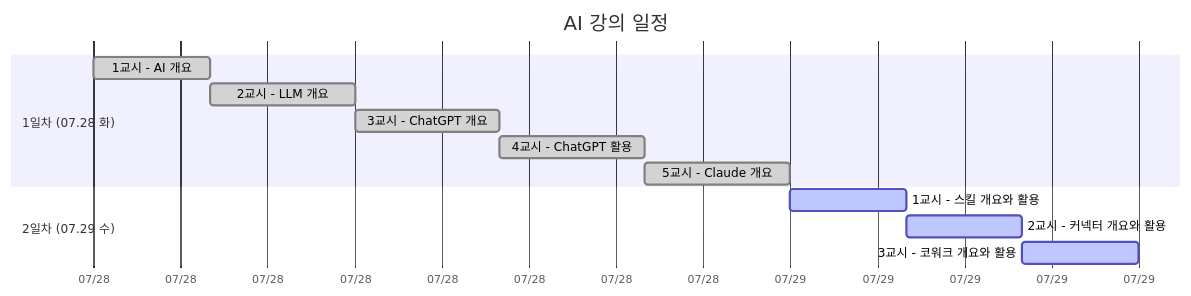
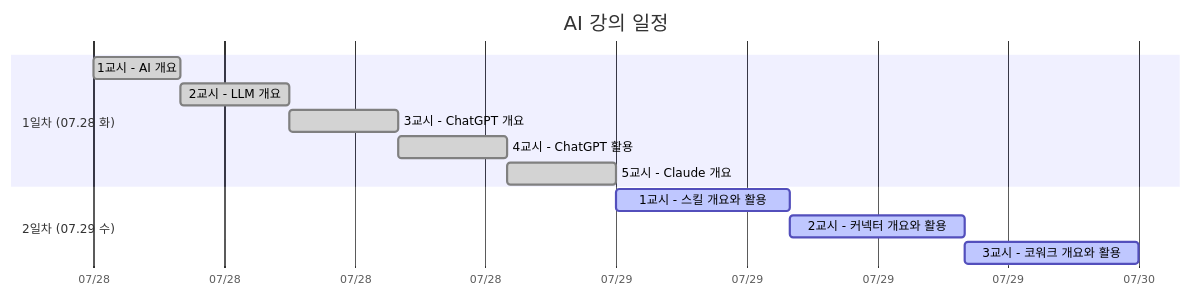
One commit to soobook/2026-LLM changed the first of 9 diagrams in README.md. Above: the diagram before and after it, drawn with Mermaid.

````diff
--- a/README.md
+++ b/README.md
@@ -15,18 +15,18 @@
 ```mermaid
 gantt
     title AI 강의 일정
     dateFormat YYYY-MM-DD
     axisFormat %m/%d
 
     section 1일차 (07.28 화)
     1교시 - AI 개요                      :done, a1, 2026-07-28, 4h
     2교시 - LLM 개요                     :done, a2, after a1, 5h
     3교시 - ChatGPT 개요                 :done, a3, after a2, 5h
     4교시 - ChatGPT 활용                 :done, a4, after a3, 5h
     5교시 - Claude 개요                  :done, a5, after a4, 5h
 
     section 2일차 (07.29 수)
-    1교시 - 스킬 개요와 활용             :active, b1, 2026-07-29, 4h
-    2교시 - 커넥터 개요와 활용           :active, b2, after b1, 4h
-    3교시 - 코워크 개요와 활용           :active, b3, after b2, 4h
+    1교시 - 스킬 개요와 활용             :active, b1, 2026-07-29, 8h
+    2교시 - 커넥터 개요와 활용           :active, b2, after b1, 8h
+    3교시 - 코워크 개요와 활용           :active, b3, after b2, 8h
 ```
````
